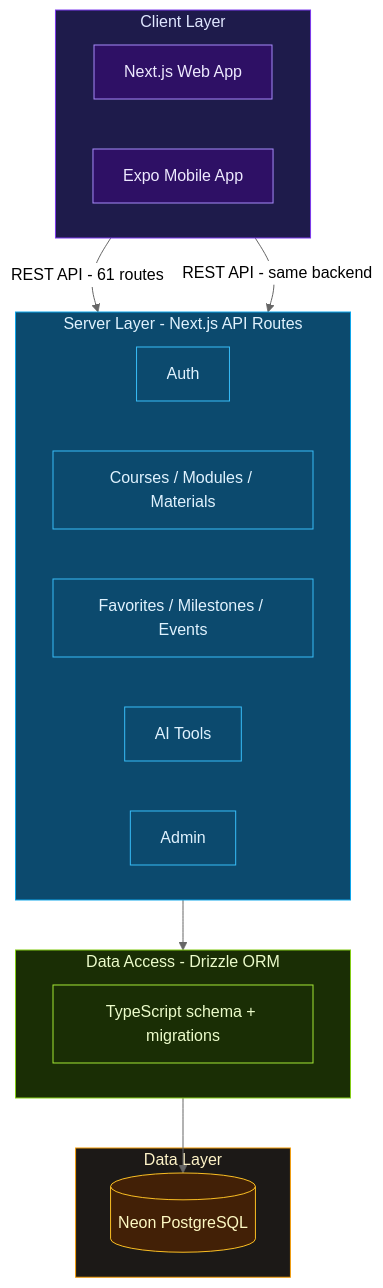
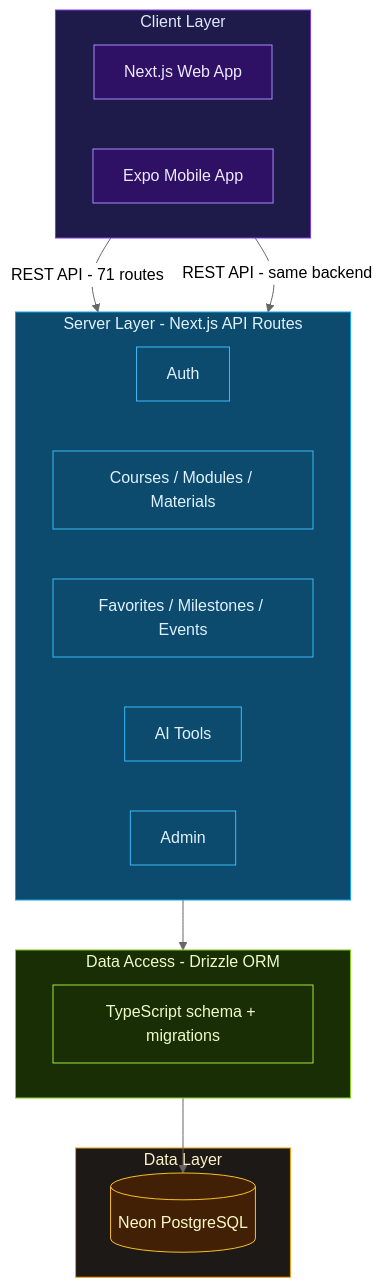
The first of 4 diagrams in README.md (mariva565/mariva565-full-stack-ai-capstone), drawn with Mermaid (neutral theme) before and after one commit. The commit also changed other lines of this file and 1 other file, not shown here.

````diff
--- a/README.md
+++ b/README.md
@@ -170,44 +170,44 @@
 ```mermaid
 graph TB
     subgraph CLIENT["Client Layer"]
         direction LR
         WEB["Next.js Web App"]
         MOBILE["Expo Mobile App"]
     end
 
     subgraph SERVER["Server Layer - Next.js API Routes"]
         direction LR
         AUTH["Auth"]
         CRUD["Courses / Modules / Materials"]
         FEATURES["Favorites / Milestones / Events"]
         AI["AI Tools"]
         ADMIN["Admin"]
     end
 
     subgraph ORM["Data Access - Drizzle ORM"]
         DRIZZLE["TypeScript schema + migrations"]
     end
 
     subgraph DATA["Data Layer"]
         DB[("Neon PostgreSQL")]
     end
 
-    WEB -->|"REST API - 61 routes"| SERVER
+    WEB -->|"REST API - 71 routes"| SERVER
     MOBILE -->|"REST API - same backend"| SERVER
     SERVER --> ORM
     ORM --> DB
 
     style CLIENT fill:#1e1b4b,stroke:#7c3aed,color:#e0e7ff
     style SERVER fill:#0c4a6e,stroke:#0ea5e9,color:#e0f2fe
     style ORM fill:#1a2e05,stroke:#84cc16,color:#ecfccb
     style DATA fill:#1c1917,stroke:#f59e0b,color:#fef3c7
     style WEB fill:#2e1065,stroke:#a78bfa,color:#ede9fe
     style MOBILE fill:#2e1065,stroke:#a78bfa,color:#ede9fe
     style AUTH fill:#0c4a6e,stroke:#38bdf8,color:#e0f2fe
     style CRUD fill:#0c4a6e,stroke:#38bdf8,color:#e0f2fe
     style FEATURES fill:#0c4a6e,stroke:#38bdf8,color:#e0f2fe
     style AI fill:#0c4a6e,stroke:#38bdf8,color:#e0f2fe
     style ADMIN fill:#0c4a6e,stroke:#38bdf8,color:#e0f2fe
     style DRIZZLE fill:#1a2e05,stroke:#a3e635,color:#ecfccb
     style DB fill:#422006,stroke:#fbbf24,color:#fef9c3
 ```
````
